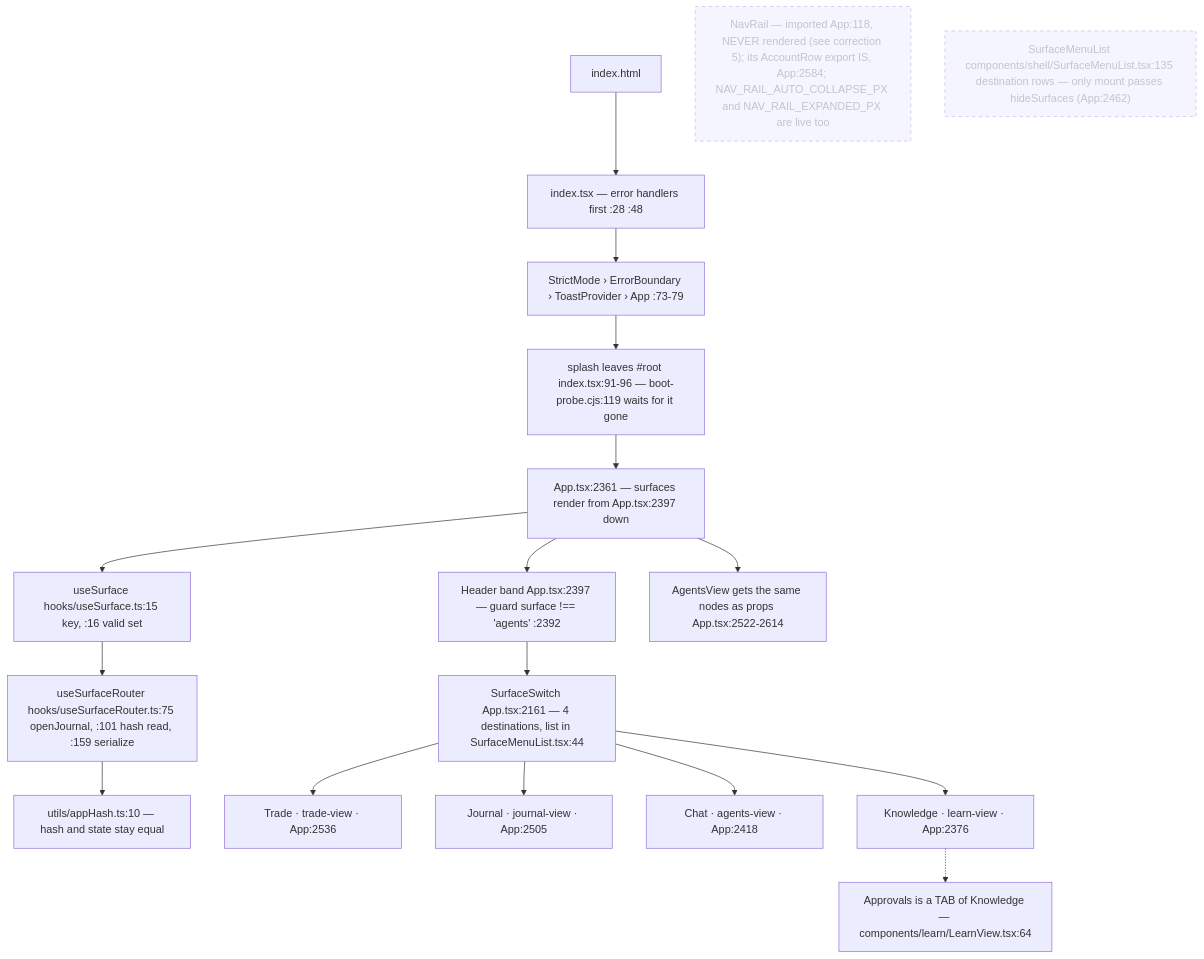
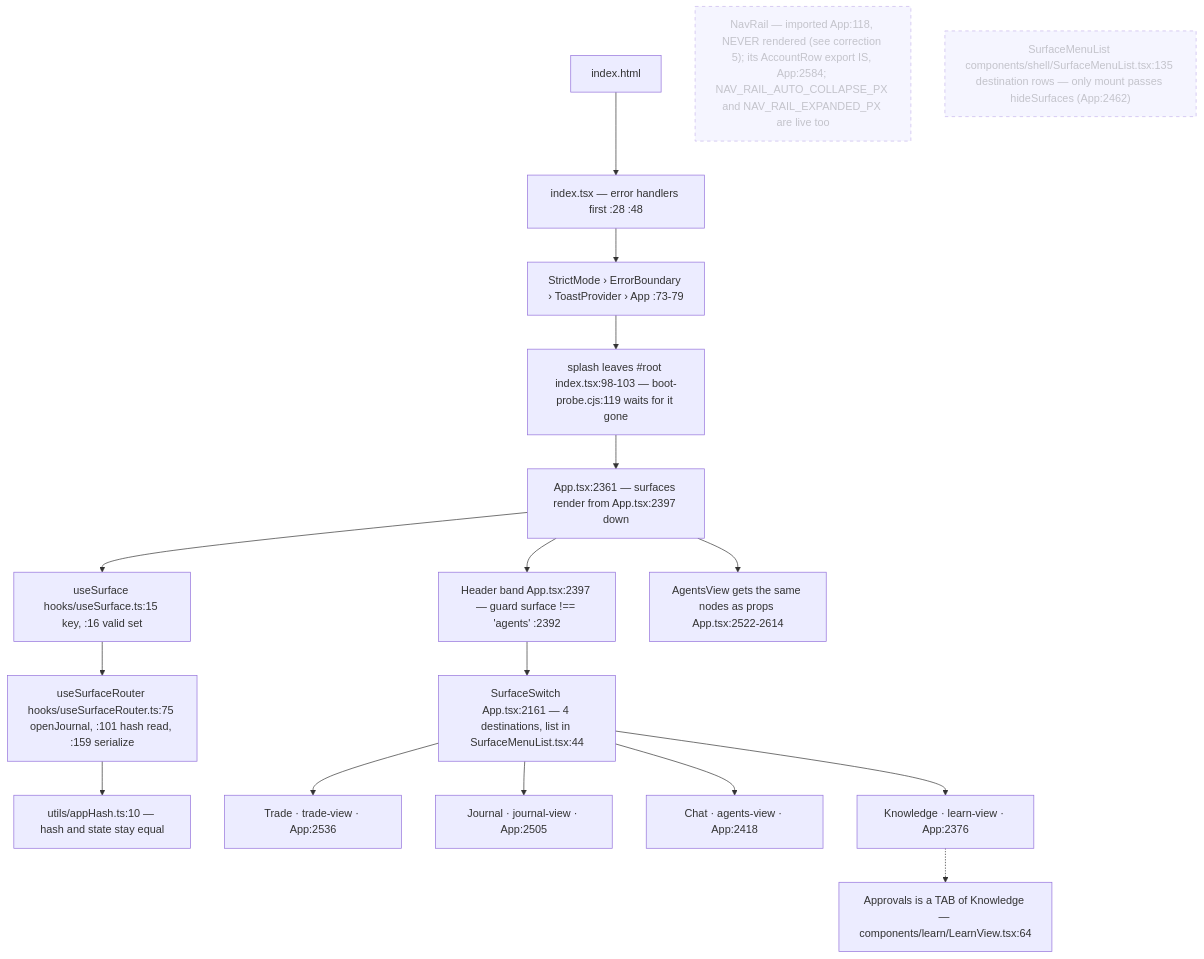
The first of 8 diagrams in docs/app-flow.md (Acepay25/august-3.5), drawn with Mermaid before and after one commit. The commit also changed other lines of this file and 2 other files, not shown here.

First line of the commit message:
docs(flow): re-anchor the citations the storage move shifted

````diff
--- a/docs/app-flow.md
+++ b/docs/app-flow.md
@@ -49,21 +49,21 @@
 ```mermaid
 flowchart TD
     H["index.html"] --> I["index.tsx — error handlers first :28 :48"]
     I --> S["StrictMode › ErrorBoundary › ToastProvider › App :73-79"]
-    S --> SP["splash leaves #root index.tsx:91-96 — boot-probe.cjs:119 waits for it gone"]
+    S --> SP["splash leaves #root index.tsx:98-103 — boot-probe.cjs:119 waits for it gone"]
     SP --> APP["App.tsx:2361 — surfaces render from App.tsx:2397 down"]
     APP --> US["useSurface hooks/useSurface.ts:15 key, :16 valid set"]
     US --> UR["useSurfaceRouter hooks/useSurfaceRouter.ts:75 openJournal, :101 hash read, :159 serialize"]
     UR --> HASH["utils/appHash.ts:10 — hash and state stay equal"]
     APP --> HD["Header band App.tsx:2397 — guard surface !== 'agents' :2392"]
     HD --> SW["SurfaceSwitch App.tsx:2161 — 4 destinations, list in SurfaceMenuList.tsx:44"]
     APP --> AV["AgentsView gets the same nodes as props App.tsx:2522-2614"]
     SW --> T["Trade · trade-view · App:2536"]
     SW --> J["Journal · journal-view · App:2505"]
     SW --> C["Chat · agents-view · App:2418"]
     SW --> K["Knowledge · learn-view · App:2376"]
     K -.-> AP["Approvals is a TAB of Knowledge — components/learn/LearnView.tsx:64"]
     NR["NavRail — imported App:118, NEVER rendered (see correction 5); its AccountRow export IS, App:2584; NAV_RAIL_AUTO_COLLAPSE_PX and NAV_RAIL_EXPANDED_PX are live too"]:::dead
     SM["SurfaceMenuList components/shell/SurfaceMenuList.tsx:135 destination rows — only mount passes hideSurfaces (App:2462)"]:::dead
     classDef dead stroke-dasharray: 5 5,opacity:.5
 ```
````
